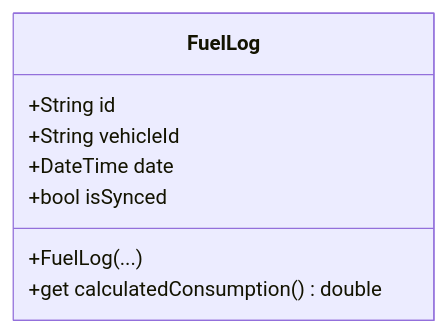
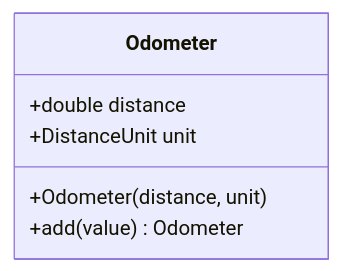
The eighth of 13 diagrams in docs/docs/developer/mobile/app-architecture.md (abrahdev/karter), drawn with Mermaid before and after one commit. The commit also changed other lines of this file and 3 other files, not shown here.

````diff
--- a/docs/docs/developer/mobile/app-architecture.md
+++ b/docs/docs/developer/mobile/app-architecture.md
@@ -385,12 +313,9 @@
 ```mermaid
 classDiagram
-    class FuelLog {
-        +String id
-        +String vehicleId
-        +DateTime date
-        +bool isSynced
-        +FuelLog(...)
-        +get calculatedConsumption() double
+    class Odometer {
+        +double distance
+        +DistanceUnit unit
+        +Odometer(distance, unit)
+        +add(value) Odometer
     }
-
 ```
````
